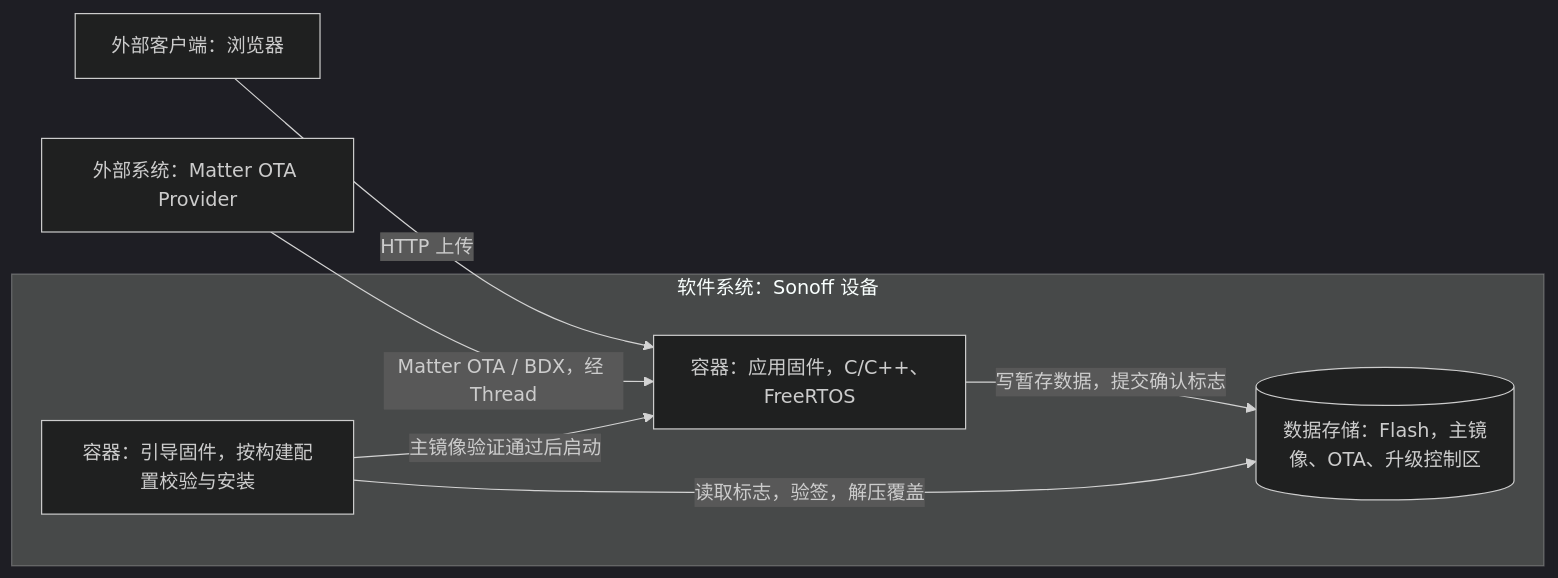
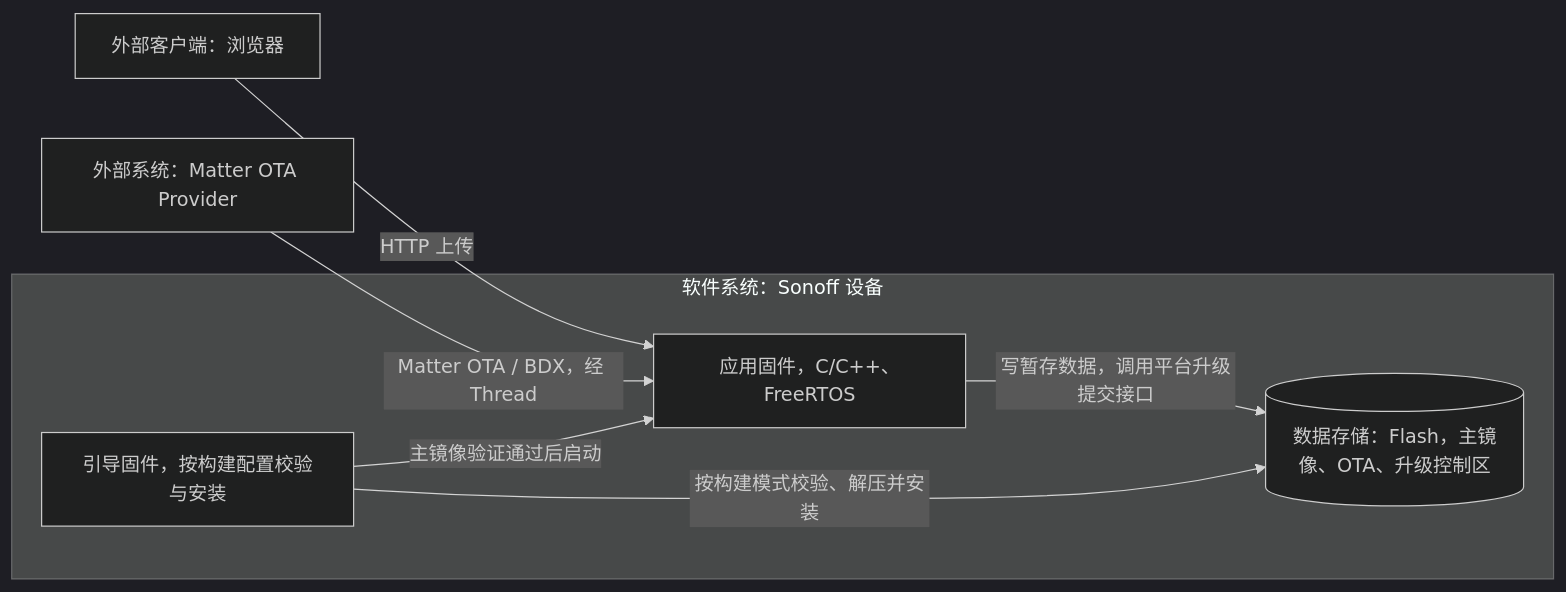
Before and after one commit to dragonxiaoex/bk7239: the first of 5 diagrams in docs/ota.md, drawn with Mermaid (dark theme). The commit also changed other lines of this file and 38 other files, not shown here.

````diff
--- a/docs/ota.md
+++ b/docs/ota.md
@@ -19,15 +17,15 @@
 ```mermaid
 flowchart LR
     browser["外部客户端：浏览器"]
     provider["外部系统：Matter OTA Provider"]
     subgraph device ["软件系统：Sonoff 设备"]
-        firmware["容器：应用固件，C/C++、FreeRTOS"]
-        loader["容器：引导固件，按构建配置校验与安装"]
+        firmware["应用固件，C/C++、FreeRTOS"]
+        loader["引导固件，按构建配置校验与安装"]
         imageStore[("数据存储：Flash，主镜像、OTA、升级控制区")]
     end
     browser -->|"HTTP 上传"| firmware
     provider -->|"Matter OTA / BDX，经 Thread"| firmware
-    firmware -->|"写暂存数据，提交确认标志"| imageStore
-    loader -->|"读取标志，验签，解压覆盖"| imageStore
+    firmware -->|"写暂存数据，调用平台升级提交接口"| imageStore
+    loader -->|"按构建模式校验、解压并安装"| imageStore
     loader -->|"主镜像验证通过后启动"| firmware
 ```
````
